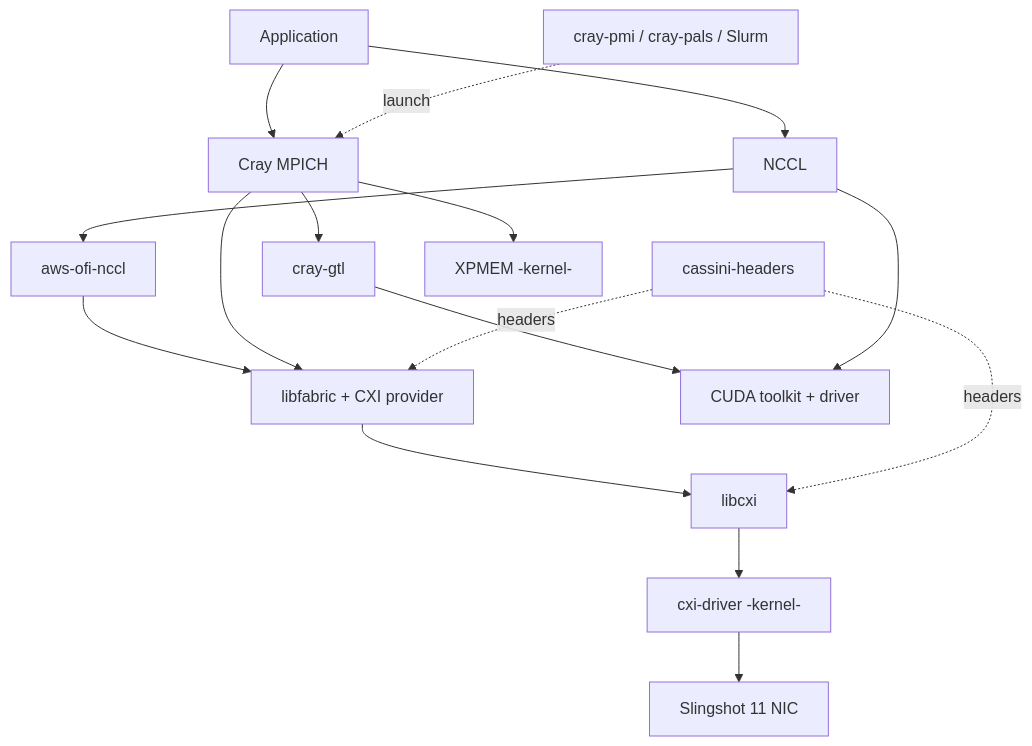
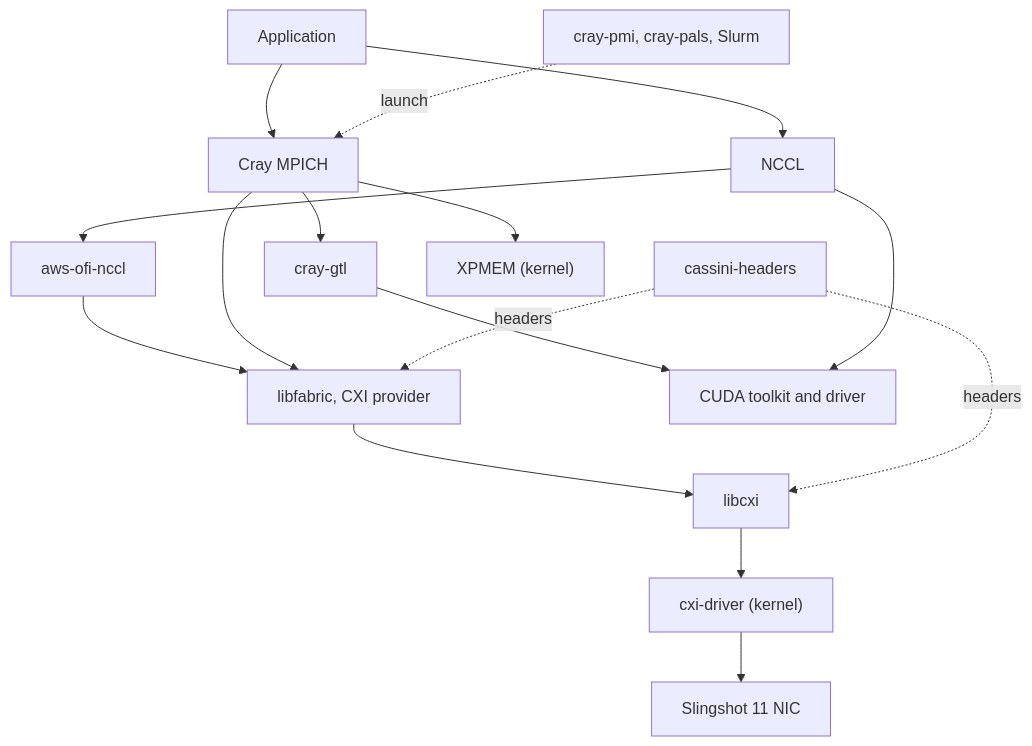
The diagram in docs/packages/index.md (eth-cscs/netstack), drawn with Mermaid before and after one commit. The commit also changed other lines of this file and 24 other files, not shown here.

````diff
--- a/docs/packages/index.md
+++ b/docs/packages/index.md
@@ -13,27 +14,27 @@
 ```mermaid
 flowchart TD
   app[Application]
   mpi[Cray MPICH]
   nccl[NCCL]
   gtl[cray-gtl]
   aws[aws-ofi-nccl]
-  fab[libfabric + CXI provider]
+  fab["libfabric, CXI provider"]
   cxi[libcxi]
-  drv[cxi-driver -kernel-]
+  drv["cxi-driver (kernel)"]
   cass[cassini-headers]
-  xpmem[XPMEM -kernel-]
+  xpmem["XPMEM (kernel)"]
   nic[Slingshot 11 NIC]
-  pmi[cray-pmi / cray-pals / Slurm]
-  cuda[CUDA toolkit + driver]
+  pmi["cray-pmi, cray-pals, Slurm"]
+  cuda["CUDA toolkit and driver"]
 
   app --> mpi --> gtl
   app --> nccl --> aws --> fab
   mpi --> fab
   mpi --> xpmem
   fab --> cxi --> drv --> nic
   cass -.headers.-> cxi
   cass -.headers.-> fab
   gtl --> cuda
   nccl --> cuda
   pmi -.launch.-> mpi
 ```
````
